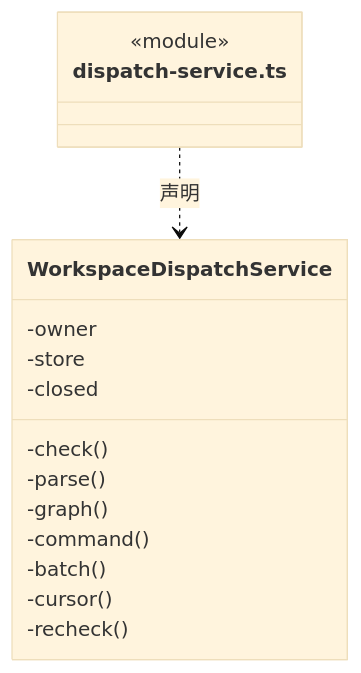
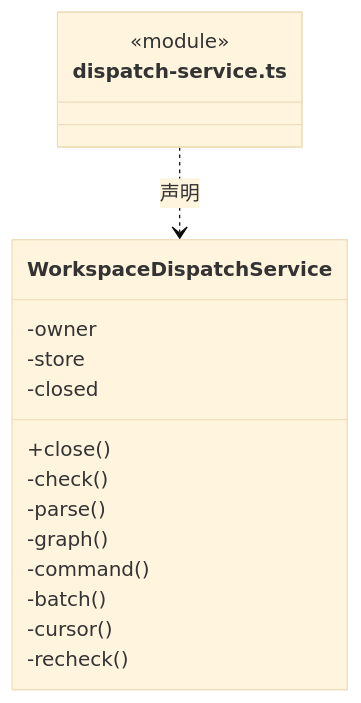
One commit to nan023062/cbim changed the sixth of 36 diagrams in src/backend/scheduler-engine/execution/ARCHITECTURE.md. Above: the diagram before and after it, drawn with Mermaid (base theme). The commit also changed other lines of this file and 65 other files, not shown here.

````diff
--- a/src/backend/scheduler-engine/execution/ARCHITECTURE.md
+++ b/src/backend/scheduler-engine/execution/ARCHITECTURE.md
@@ -177,19 +193,20 @@
 ```mermaid
 classDiagram
 class N_src_backend_scheduler_engine_execution_dispatch_service_ts["dispatch-service.ts"] {
   <<module>>
 }
 class N_src_backend_scheduler_engine_execution_dispatch_service_ts_WorkspaceDispatchService["WorkspaceDispatchService"] {
+  +close()
   -owner
   -store
   -closed
   -check()
   -parse()
   -graph()
   -command()
   -batch()
   -cursor()
   -recheck()
 }
 N_src_backend_scheduler_engine_execution_dispatch_service_ts ..> N_src_backend_scheduler_engine_execution_dispatch_service_ts_WorkspaceDispatchService : 声明
 ```
````
